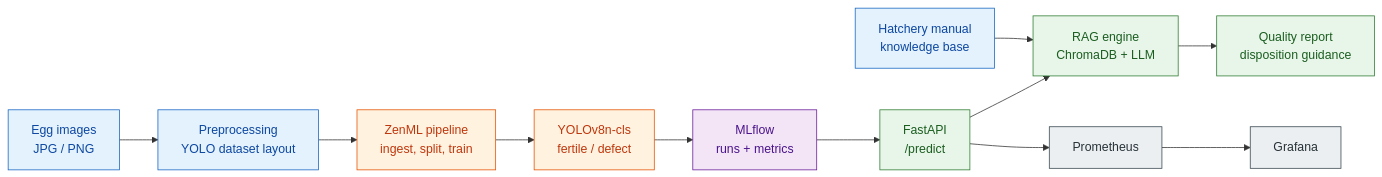
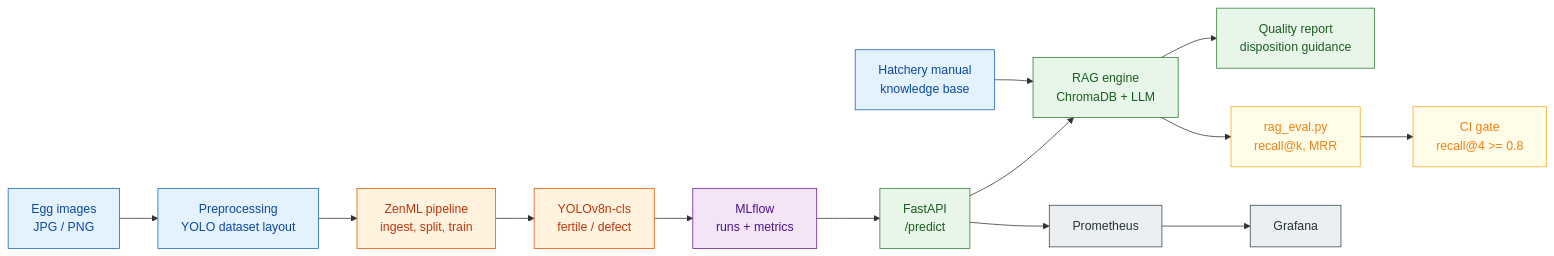
One commit to ksnishat/ovoscan-pipeline changed the first of 2 diagrams in README.md. Above: the diagram before and after it, drawn with Mermaid. The commit also changed other lines of this file, not shown here.

First line of the commit message:
docs: bring README up to date and add a request-path diagram

````diff
--- a/README.md
+++ b/README.md
@@ -44,25 +47,29 @@
 ```mermaid
 flowchart LR
     IMG["Egg images<br/>JPG / PNG"] --> PRE["Preprocessing<br/>YOLO dataset layout"]
     PRE --> ZENML["ZenML pipeline<br/>ingest, split, train"]
     ZENML --> YOLO["YOLOv8n-cls<br/>fertile / defect"]
     YOLO --> MLflow["MLflow<br/>runs + metrics"]
     MLflow --> API["FastAPI<br/>/predict"]
     KB["Hatchery manual<br/>knowledge base"] --> RAG["RAG engine<br/>ChromaDB + LLM"]
     API --> RAG
     RAG --> REPORT["Quality report<br/>disposition guidance"]
+    RAG --> EVAL["rag_eval.py<br/>recall@k, MRR"]
+    EVAL --> CI["CI gate<br/>recall@4 >= 0.8"]
     API --> Prom["Prometheus"]
     Prom --> Graf["Grafana"]
 
     classDef data fill:#e3f2fd,stroke:#1565c0,stroke-width:1px,color:#0d47a1
     classDef train fill:#fff3e0,stroke:#e65100,stroke-width:1px,color:#bf360c
     classDef track fill:#f3e5f5,stroke:#6a1b9a,stroke-width:1px,color:#4a148c
     classDef serve fill:#e8f5e9,stroke:#2e7d32,stroke-width:1px,color:#1b5e20
     classDef observe fill:#eceff1,stroke:#37474f,stroke-width:1px,color:#263238
+    classDef gate fill:#fffde7,stroke:#f9a825,stroke-width:1px,color:#f57f17
 
     class IMG,PRE,KB data
     class ZENML,YOLO train
     class MLflow track
     class API,RAG,REPORT serve
     class Prom,Graf observe
+    class EVAL,CI gate
 ```
````
